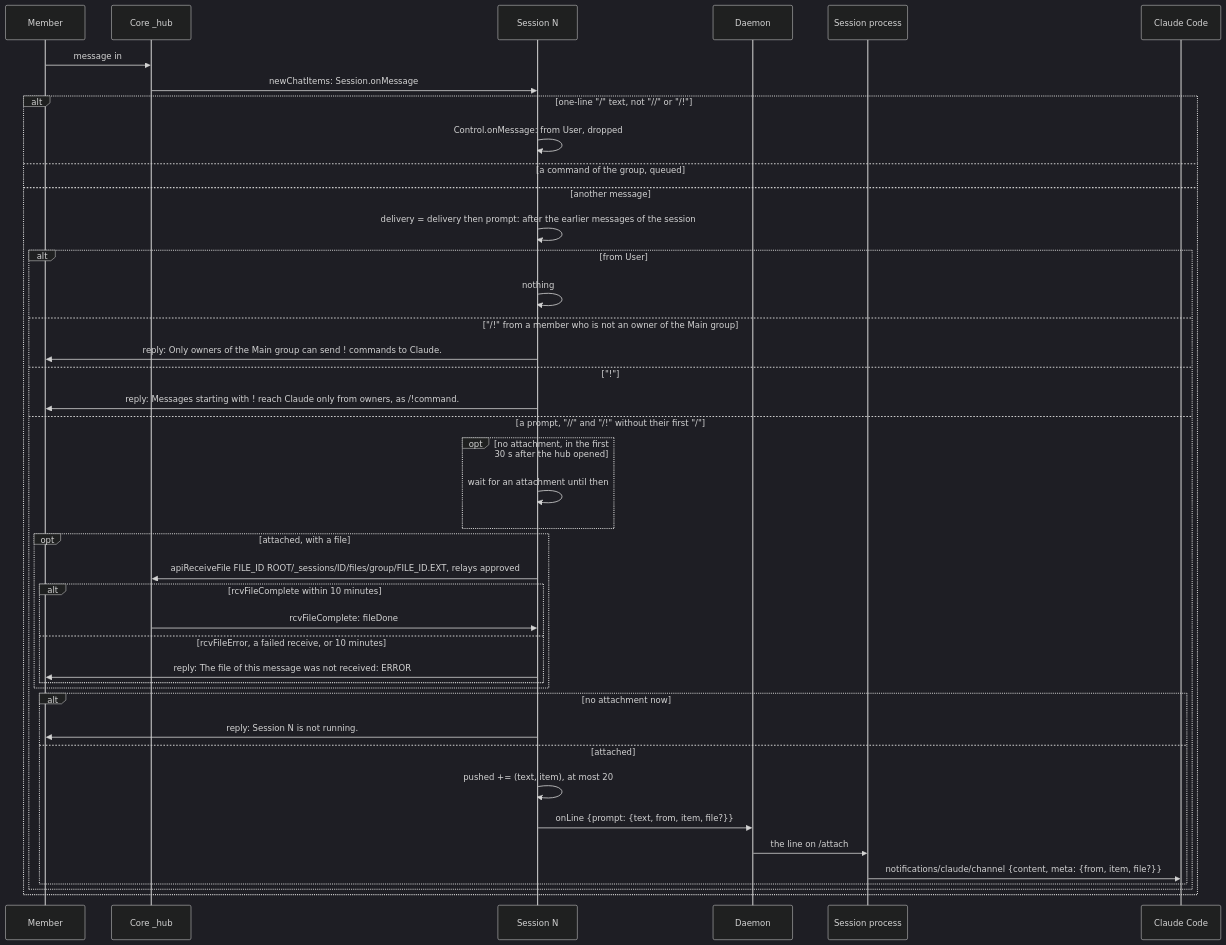
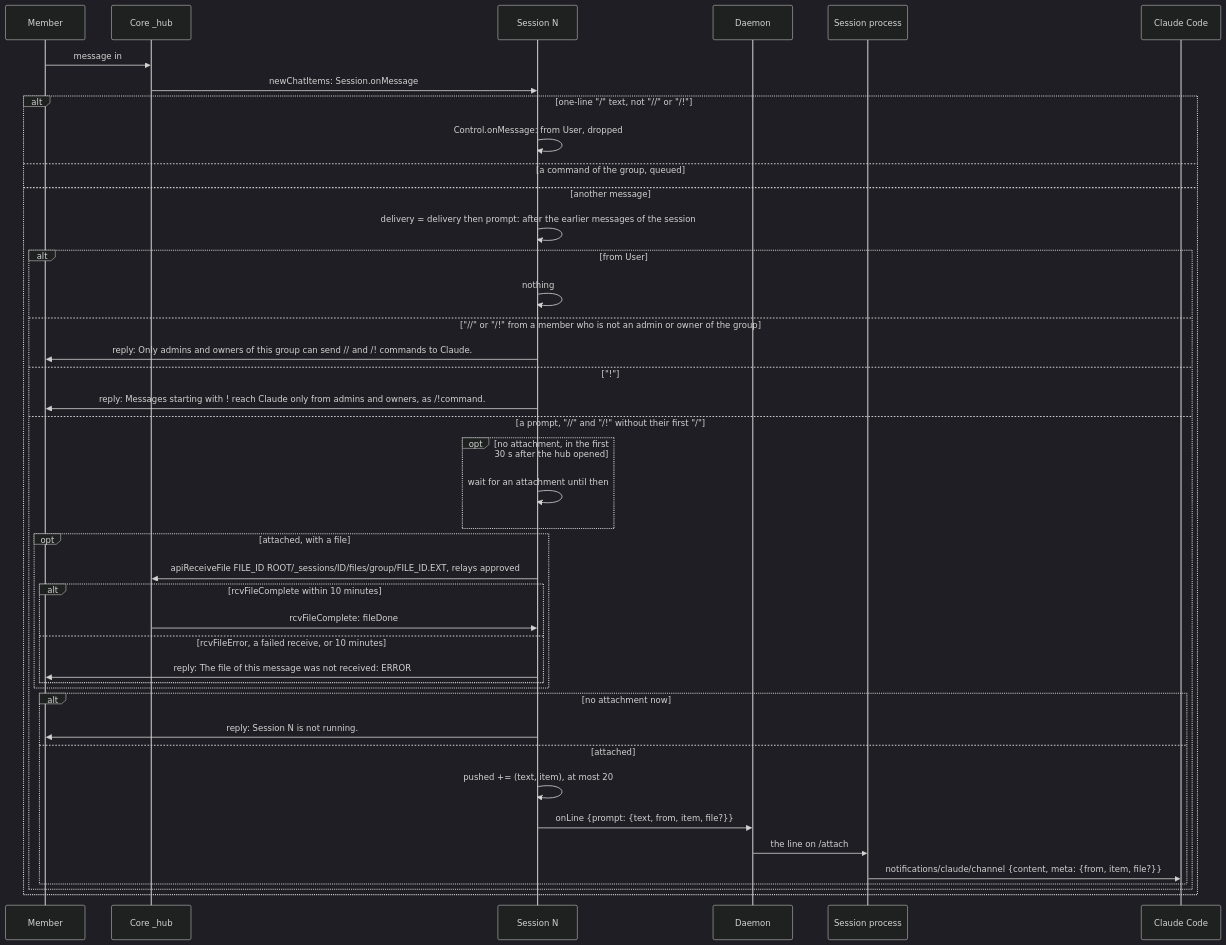
Diagram 20 of 30 in packages/simplex-chat-mcp/spec/flows.md (simplex-chat/simplex-chat), drawn with Mermaid (dark theme) before and after one commit. The commit also changed other lines of this file and 3 other files, not shown here.

````diff
--- a/packages/simplex-chat-mcp/spec/flows.md
+++ b/packages/simplex-chat-mcp/spec/flows.md
@@ -895,43 +894,43 @@
 ```mermaid
 sequenceDiagram
   participant O as Member
   participant C as Core _hub
   participant N as Session N
   participant D as Daemon
   participant S as Session process
   participant CC as Claude Code
   O->>C: message in #G, with a file
   C->>N: newChatItems: Session.onMessage
   alt one-line "/" text, not "//" or "/!"
     N->>N: Control.onMessage: from User, dropped; else a command of the group, queued
   else another message
     N->>N: delivery = delivery then prompt: after the earlier messages of the session
     alt from User
       N->>N: nothing
-    else "/!" from a member who is not an owner of the Main group
-      N->>O: reply: Only owners of the Main group can send ! commands to Claude.
+    else "//" or "/!" from a member who is not an admin or owner of the group
+      N->>O: reply: Only admins and owners of this group can send // and /! commands to Claude.
     else "!"
-      N->>O: reply: Messages starting with ! reach Claude only from owners, as /!command.
+      N->>O: reply: Messages starting with ! reach Claude only from admins and owners, as /!command.
     else a prompt, "//" and "/!" without their first "/"
       opt no attachment, in the first 30 s after the hub opened
         N->>N: wait for an attachment until then
       end
       opt attached, with a file
         N->>C: apiReceiveFile FILE_ID ROOT/_sessions/ID/files/group/FILE_ID.EXT, relays approved
         alt rcvFileComplete within 10 minutes
           C->>N: rcvFileComplete: fileDone
         else rcvFileError, a failed receive, or 10 minutes
           N->>O: reply: The file of this message was not received: ERROR
         end
       end
       alt no attachment now
         N->>O: reply: Session N is not running.
       else attached
         N->>N: pushed += (text, item), at most 20
         N->>D: onLine {prompt: {text, from, item, file?}}
         D->>S: the line on /attach
         S->>CC: notifications/claude/channel {content, meta: {from, item, file?}}
       end
     end
   end
 ```
````
